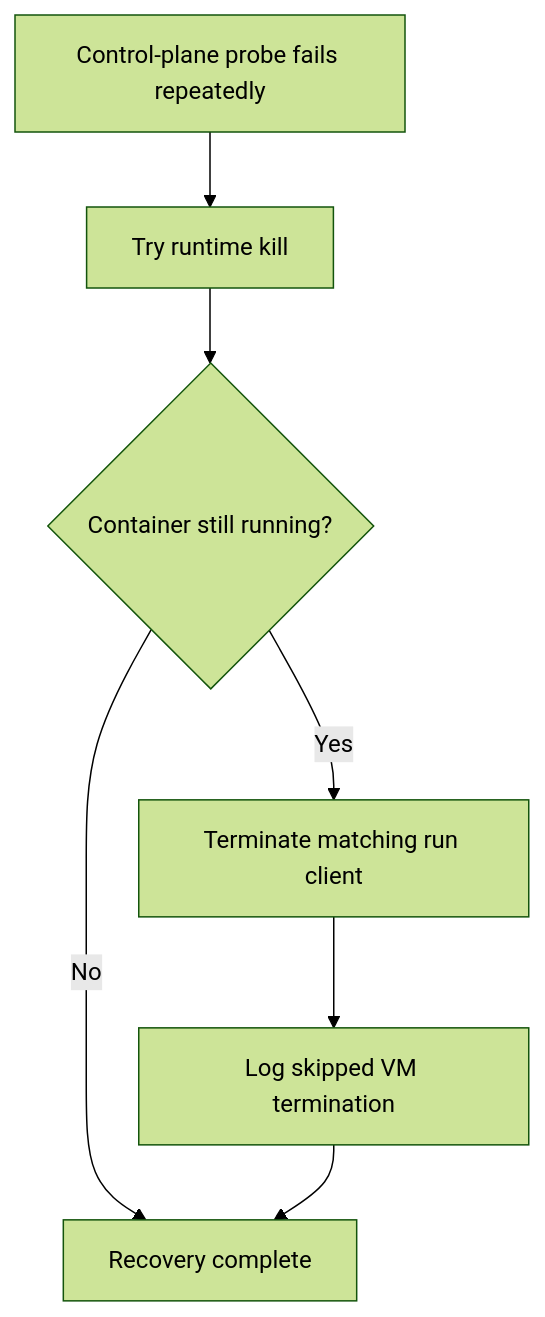
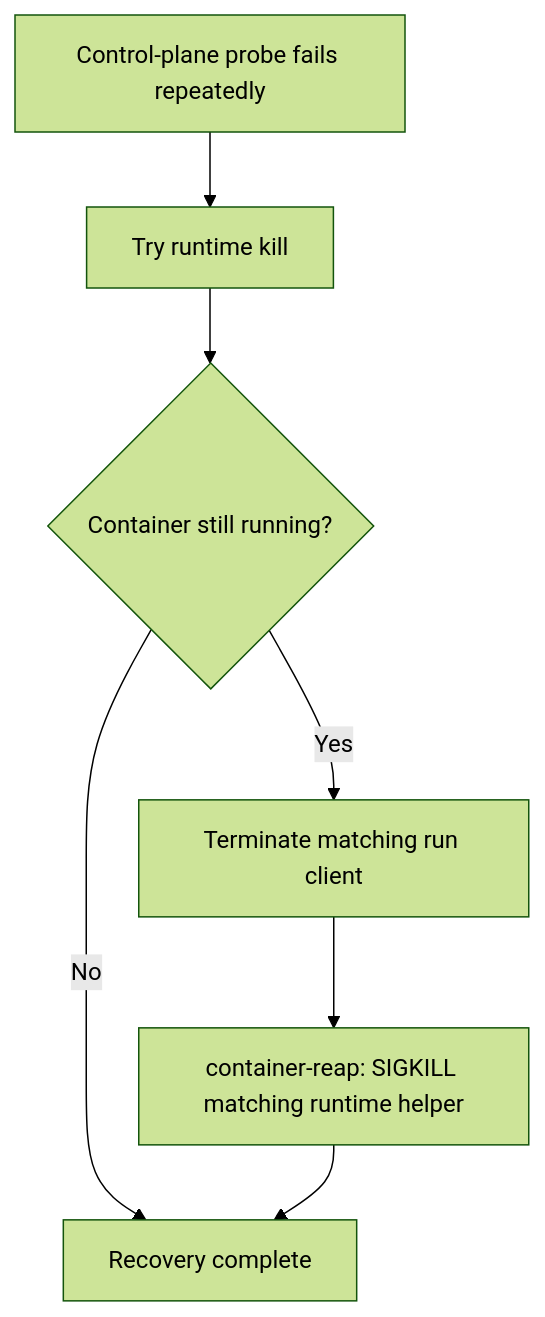
The diagram in docs/archive/pr-summaries/pr-summary-4632.md (stSoftwareAU/VibeCoder), drawn with Mermaid (forest theme) before and after one commit. The commit also changed other lines of this file, not shown here.

First line of the commit message:
Rewrite PR summary for the container-reap head (#4632, PR #4638)

````diff
--- a/docs/archive/pr-summaries/pr-summary-4632.md
+++ b/docs/archive/pr-summaries/pr-summary-4632.md
@@ -54,9 +61,9 @@
 ```mermaid
 flowchart TD
   Probe["Control-plane probe fails repeatedly"] --> RuntimeKill["Try runtime kill"]
   RuntimeKill --> StillRunning{"Container still running?"}
   StillRunning -->|No| Done["Recovery complete"]
   StillRunning -->|Yes| Client["Terminate matching run client"]
-  Client --> Skip["Log skipped VM termination"]
-  Skip --> Done
+  Client --> Reaper["container-reap: SIGKILL matching runtime helper"]
+  Reaper --> Done
 ```
````
